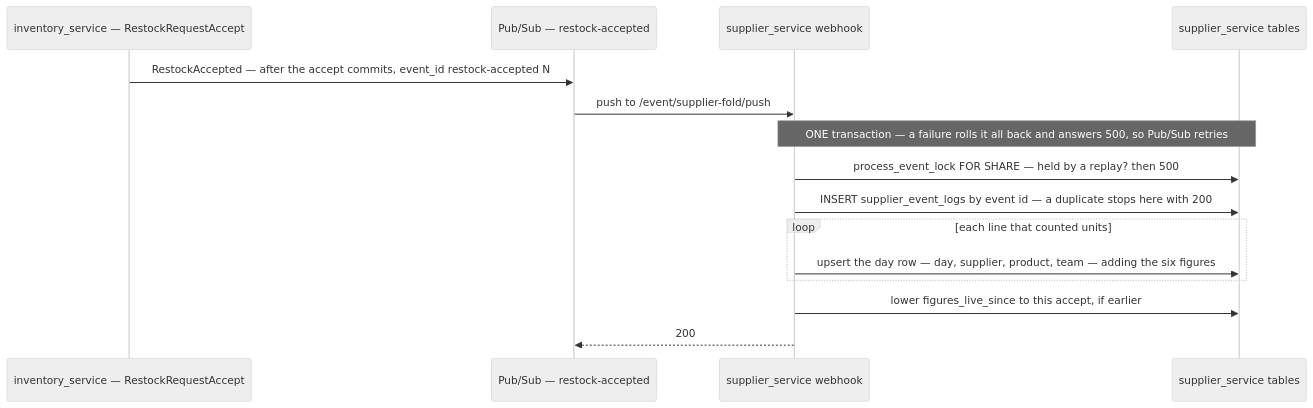
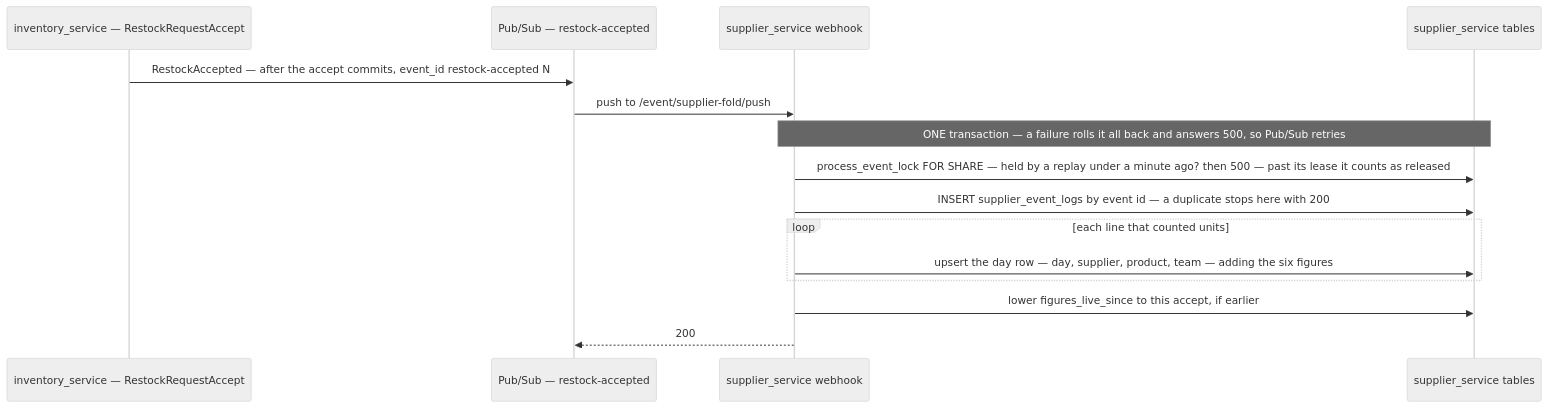
Before and after one commit to pdcgo/warehouse_revamp: the fourth of 6 diagrams in docs/services/supplier_service/rpc.md, drawn with Mermaid (neutral theme). The commit also changed other lines of this file and 703 other files, not shown here.

````diff
--- a/docs/services/supplier_service/rpc.md
+++ b/docs/services/supplier_service/rpc.md
@@ -108,17 +108,17 @@
 ```mermaid
 sequenceDiagram
   participant INV as inventory_service — RestockRequestAccept
   participant PS as Pub/Sub — restock-accepted
   participant W as supplier_service webhook
   participant DB as supplier_service tables
   INV->>PS: RestockAccepted — after the accept commits, event_id restock-accepted N
   PS->>W: push to /event/supplier-fold/push
   Note over W,DB: ONE transaction — a failure rolls it all back and answers 500, so Pub/Sub retries
-  W->>DB: process_event_lock FOR SHARE — held by a replay? then 500
+  W->>DB: process_event_lock FOR SHARE — held by a replay under a minute ago? then 500 — past its lease it counts as released
   W->>DB: INSERT supplier_event_logs by event id — a duplicate stops here with 200
   loop each line that counted units
     W->>DB: upsert the day row — day, supplier, product, team — adding the six figures
   end
   W->>DB: lower figures_live_since to this accept, if earlier
   W-->>PS: 200
 ```
````
